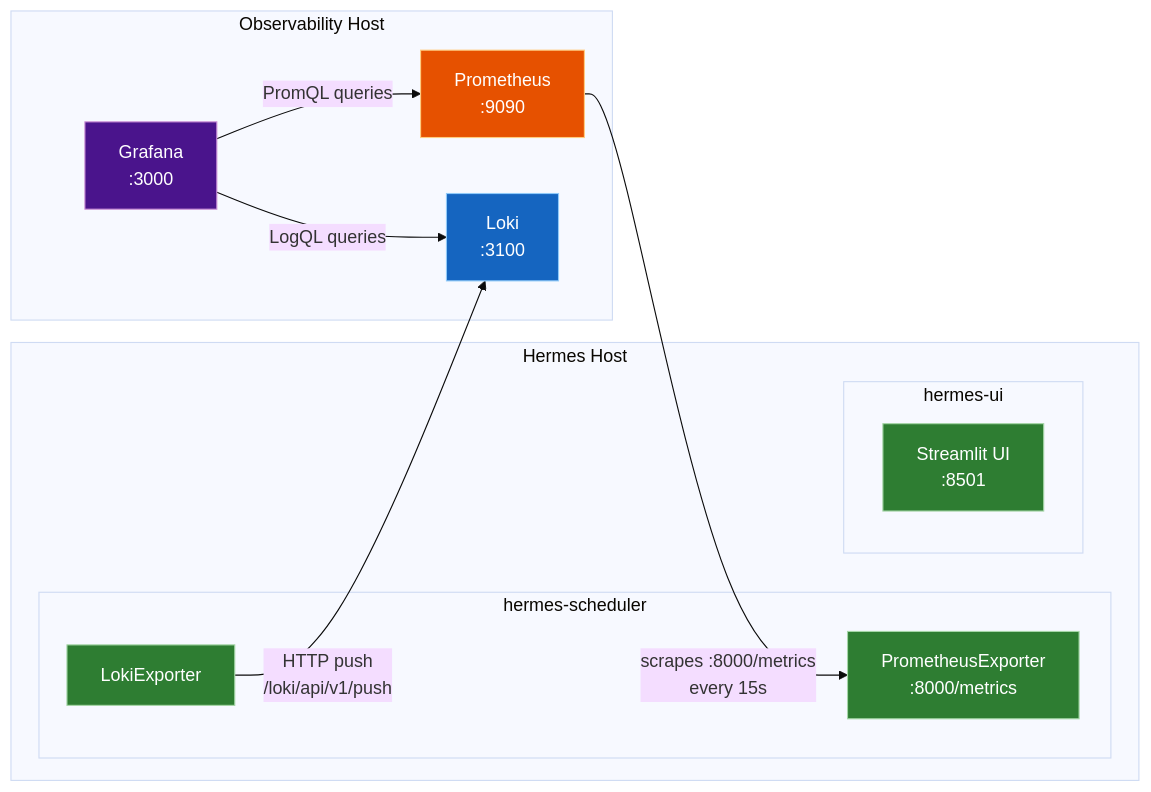
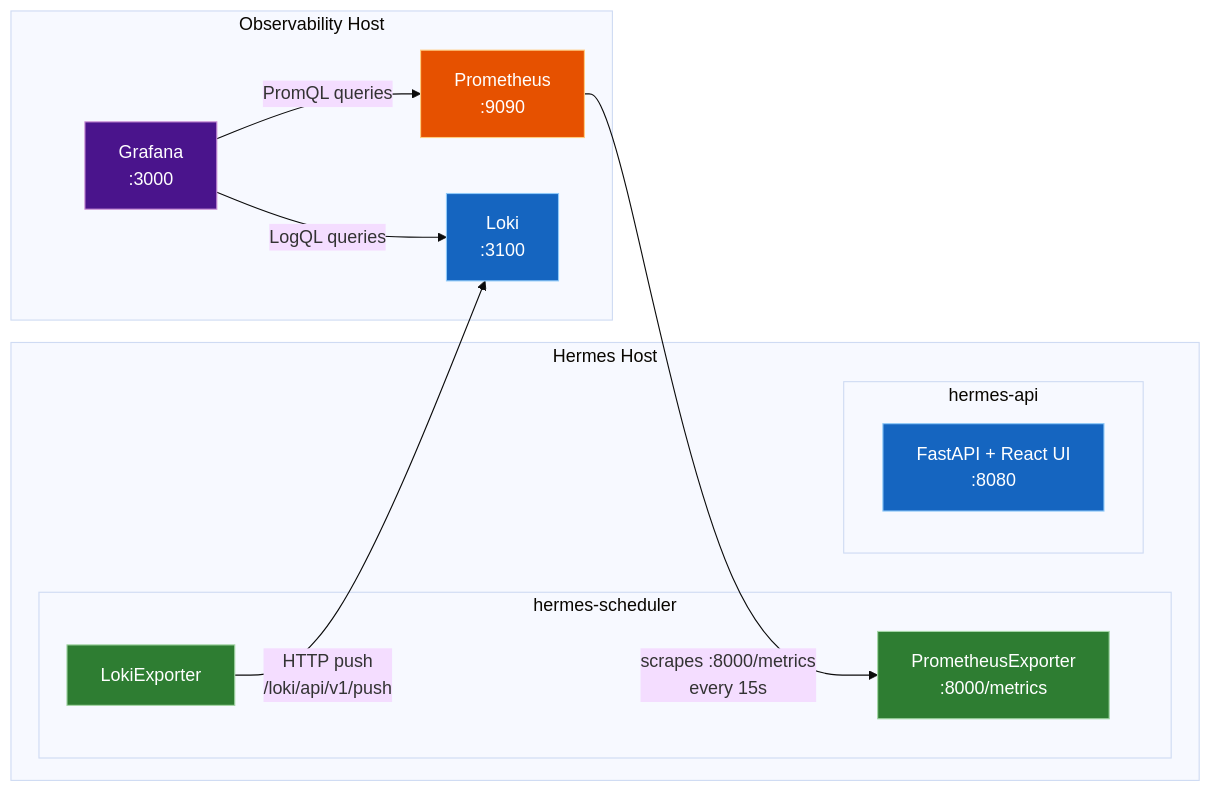
One commit to fabell4/Hermes changed the second of 2 diagrams in README.md. Above: the diagram before and after it, drawn with Mermaid (base theme). The commit also changed other lines of this file and 2 other files, not shown here.

````diff
--- a/README.md
+++ b/README.md
@@ -61,30 +61,30 @@
 ```mermaid
 flowchart LR
     subgraph HERMES_HOST["Hermes Host"]
         subgraph SCHED_CONTAINER["hermes-scheduler"]
             PROM_EP["PrometheusExporter\n:8000/metrics"]
             LOKI_EXP["LokiExporter"]
         end
-        subgraph UI_CONTAINER["hermes-ui"]
-            UI["Streamlit UI\n:8501"]
+        subgraph API_CONTAINER["hermes-api"]
+            API["FastAPI + React UI\n:8080"]
         end
     end
 
     subgraph OBS_HOST["Observability Host"]
         PROMETHEUS["Prometheus\n:9090"]
         LOKI["Loki\n:3100"]
         GRAFANA["Grafana\n:3000"]
     end
 
     PROMETHEUS -- "scrapes :8000/metrics\nevery 15s" --> PROM_EP
     LOKI_EXP -- "HTTP push\n/loki/api/v1/push" --> LOKI
     GRAFANA -- "PromQL queries" --> PROMETHEUS
     GRAFANA -- "LogQL queries" --> LOKI
 
     style PROM_EP fill:#2e7d32,stroke:#a5d6a7,color:#ffffff
     style LOKI_EXP fill:#2e7d32,stroke:#a5d6a7,color:#ffffff
-    style UI fill:#2e7d32,stroke:#a5d6a7,color:#ffffff
+    style API fill:#1565c0,stroke:#90caf9,color:#ffffff
     style PROMETHEUS fill:#e65100,stroke:#ffcc80,color:#ffffff
     style LOKI fill:#1565c0,stroke:#90caf9,color:#ffffff
     style GRAFANA fill:#4a148c,stroke:#ce93d8,color:#ffffff
 ```
````
